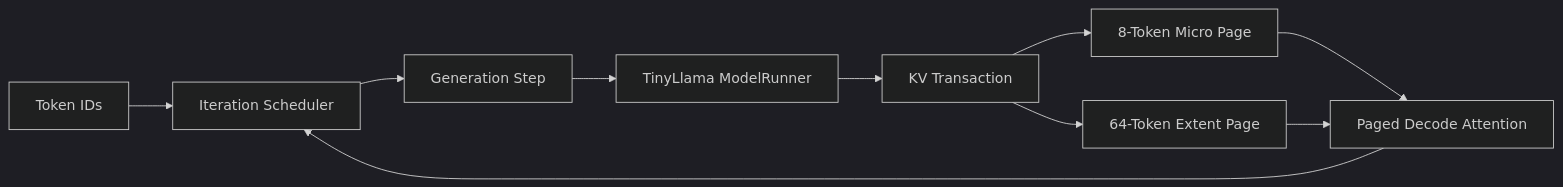
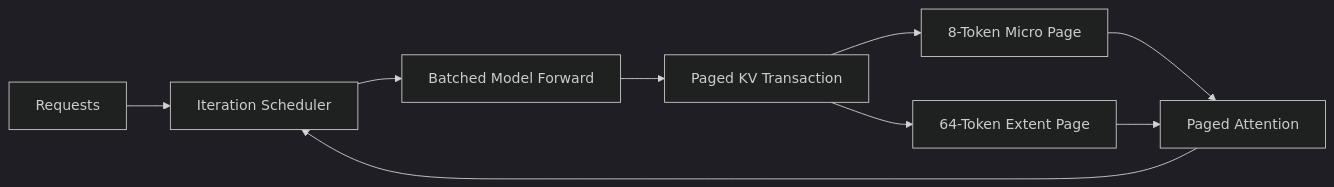
One commit to kimxinw/kim-kvcache changed the diagram in README.md. Above: the diagram before and after it, drawn with Mermaid (dark theme). The commit also changed other lines of this file and 17 other files, not shown here.

Commit message:
feat(cuda): 添加 batched paged attention

````diff
--- a/README.md
+++ b/README.md
@@ -7,12 +6,11 @@
 ```mermaid
 graph LR
-    A[Token IDs] --> B[Iteration Scheduler]
-    B --> C[Generation Step]
-    C --> D[TinyLlama ModelRunner]
-    D --> E[KV Transaction]
-    E --> F[8-Token Micro Page]
-    E --> G[64-Token Extent Page]
-    F --> H[Paged Decode Attention]
-    G --> H
-    H --> B
+    A[Requests] --> B[Iteration Scheduler]
+    B --> C[Batched Model Forward]
+    C --> D[Paged KV Transaction]
+    D --> E[8-Token Micro Page]
+    D --> F[64-Token Extent Page]
+    E --> G[Paged Attention]
+    F --> G
+    G --> B
 ```
````
